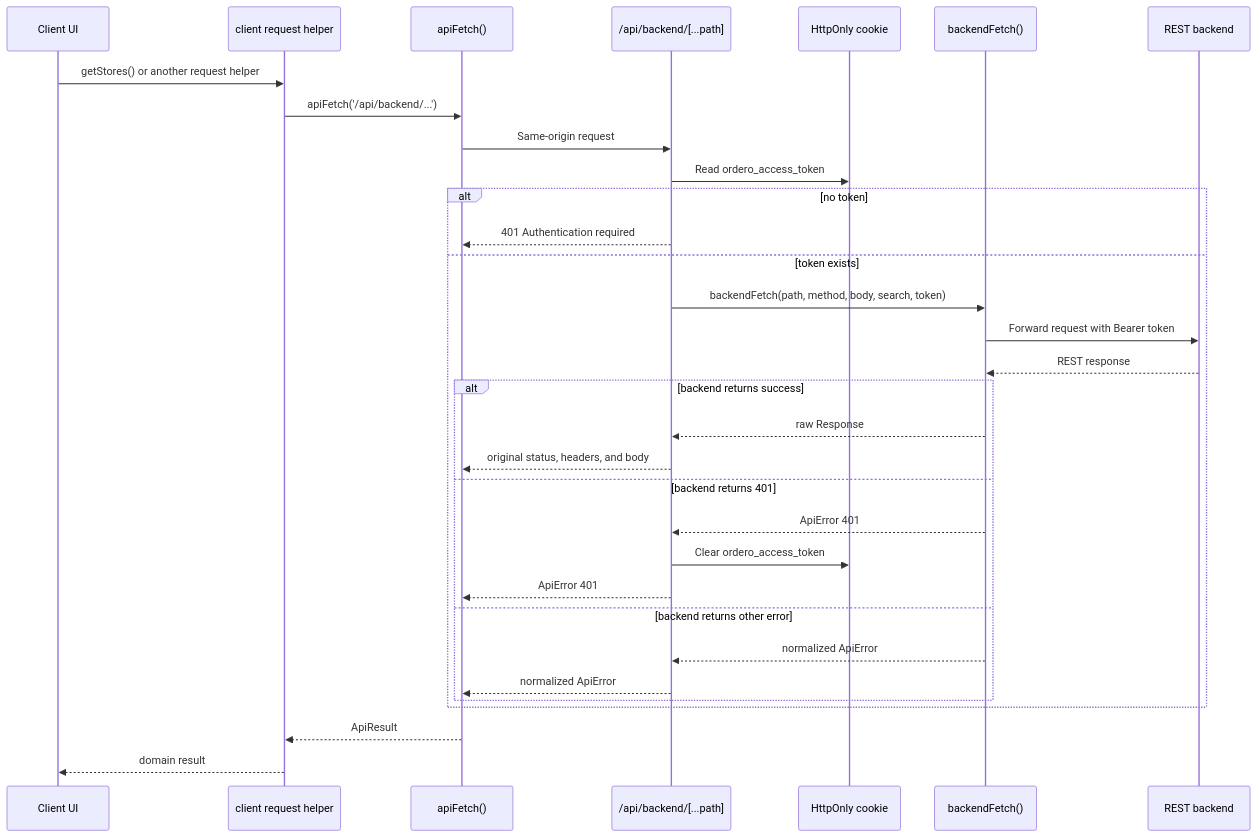
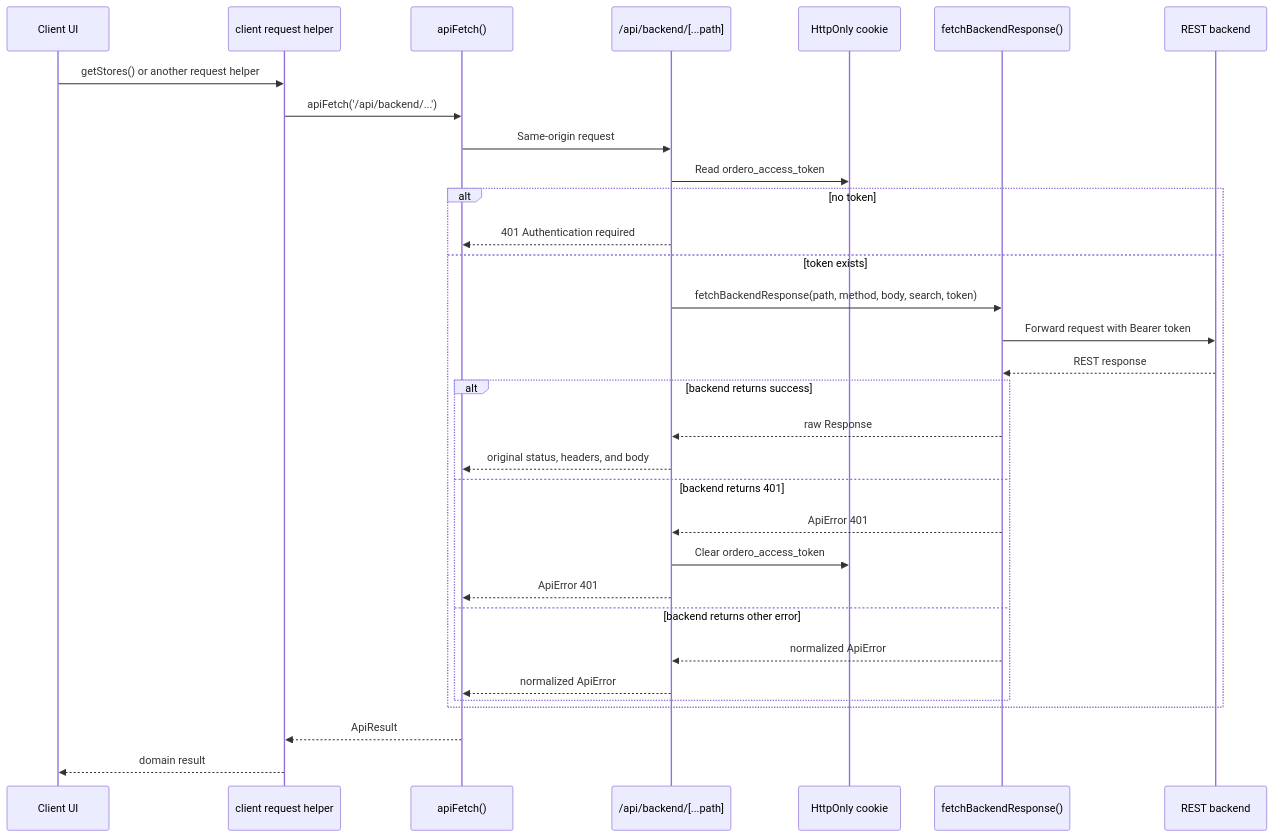
Before and after one commit to ordero-biz/monorepo: the fifth of 7 diagrams in docs/http-auth.md, drawn with Mermaid. The commit also changed other lines of this file and 18 other files, not shown here.

````diff
--- a/docs/http-auth.md
+++ b/docs/http-auth.md
@@ -207,35 +207,35 @@
 ```mermaid
 sequenceDiagram
   participant UI as Client UI
   participant Helper as client request helper
   participant Fetch as apiFetch()
   participant Proxy as /api/backend/[...path]
   participant Cookie as HttpOnly cookie
-  participant Server as backendFetch()
+  participant Server as fetchBackendResponse()
   participant Backend as REST backend
 
   UI->>Helper: getStores() or another request helper
   Helper->>Fetch: apiFetch('/api/backend/...')
   Fetch->>Proxy: Same-origin request
   Proxy->>Cookie: Read ordero_access_token
   alt no token
     Proxy-->>Fetch: 401 Authentication required
   else token exists
-    Proxy->>Server: backendFetch(path, method, body, search, token)
+    Proxy->>Server: fetchBackendResponse(path, method, body, search, token)
     Server->>Backend: Forward request with Bearer token
     Backend-->>Server: REST response
     alt backend returns success
       Server-->>Proxy: raw Response
       Proxy-->>Fetch: original status, headers, and body
     else backend returns 401
       Server-->>Proxy: ApiError 401
       Proxy->>Cookie: Clear ordero_access_token
       Proxy-->>Fetch: ApiError 401
     else backend returns other error
       Server-->>Proxy: normalized ApiError
       Proxy-->>Fetch: normalized ApiError
     end
   end
   Fetch-->>Helper: ApiResult
   Helper-->>UI: domain result
 ```
````
